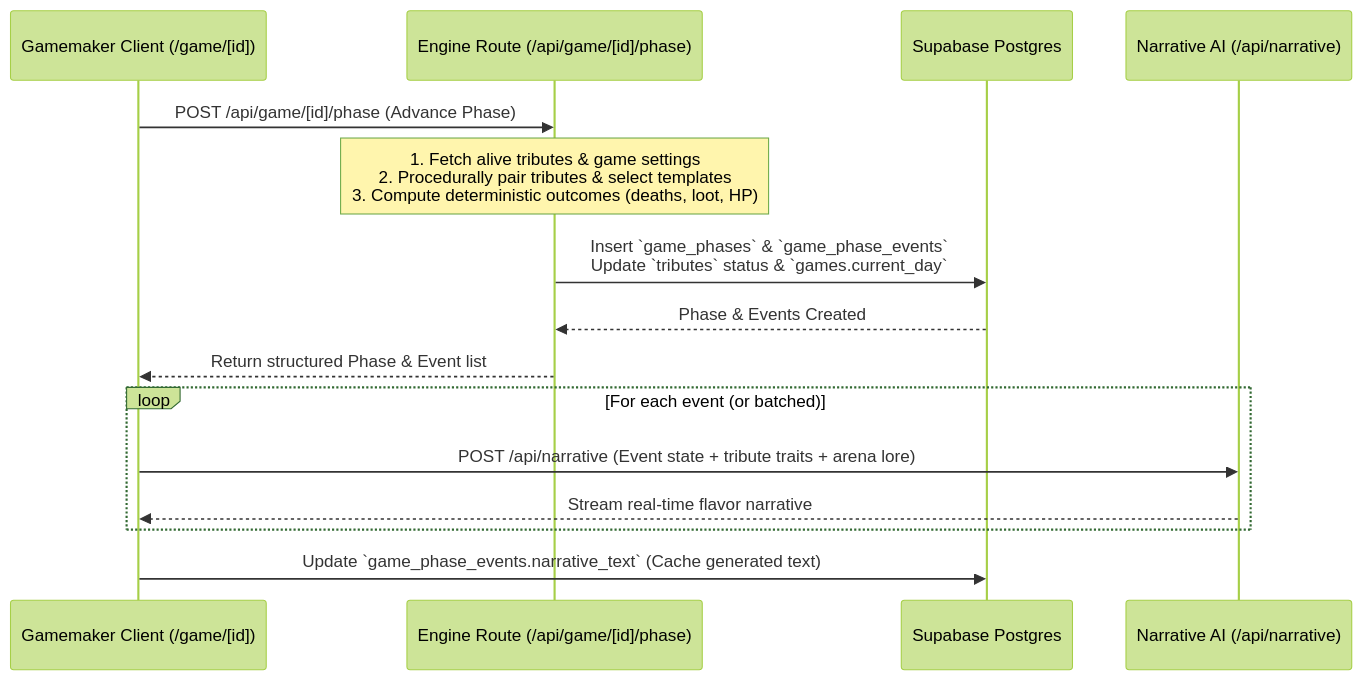
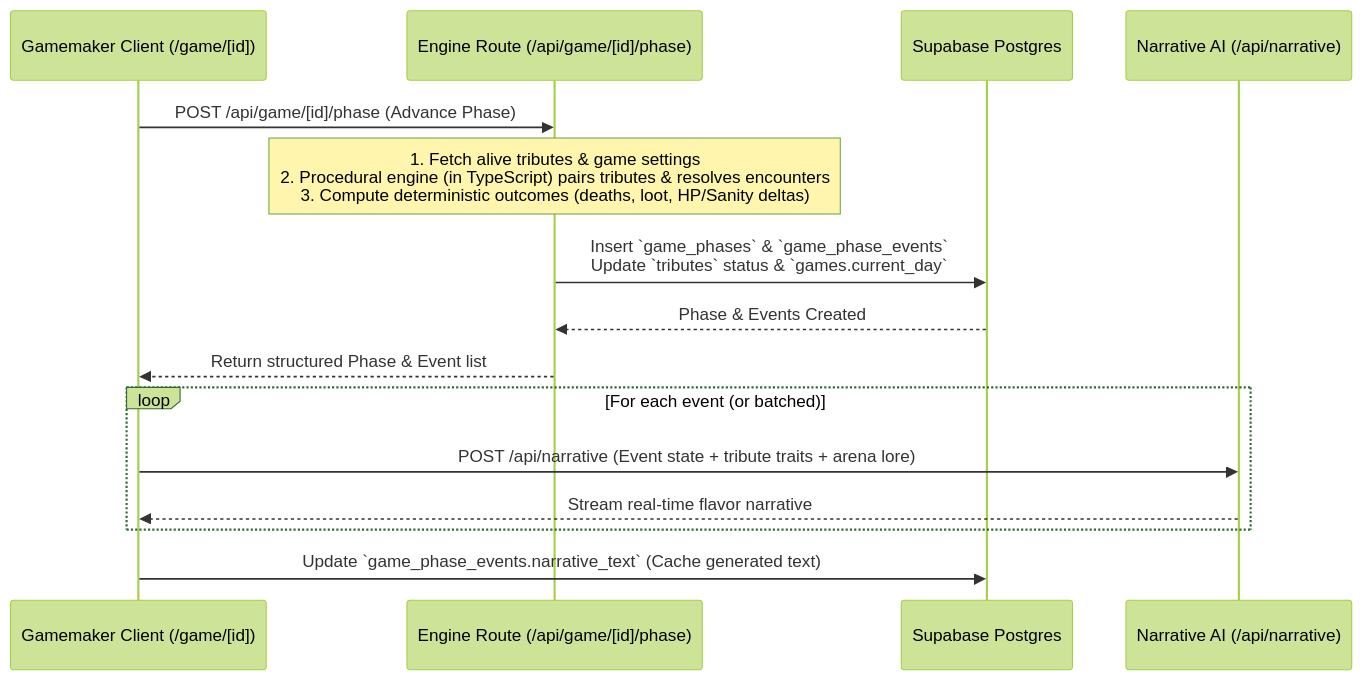
One commit to JeremiDuran/hunger-games-ai changed the second of 2 diagrams in docs/live_arena_design.md. Above: the diagram before and after it, drawn with Mermaid (forest theme). The commit also changed other lines of this file and 6 other files, not shown here.

````diff
--- a/docs/live_arena_design.md
+++ b/docs/live_arena_design.md
@@ -217,20 +231,20 @@
 ```mermaid
 sequenceDiagram
     participant User as Gamemaker Client (/game/[id])
     participant Engine as Engine Route (/api/game/[id]/phase)
     participant DB as Supabase Postgres
     participant AI as Narrative AI (/api/narrative)
 
     User->>Engine: POST /api/game/[id]/phase (Advance Phase)
-    Note over Engine: 1. Fetch alive tributes & game settings<br/>2. Procedurally pair tributes & select templates<br/>3. Compute deterministic outcomes (deaths, loot, HP)
+    Note over Engine: 1. Fetch alive tributes & game settings<br/>2. Procedural engine (in TypeScript) pairs tributes & resolves encounters<br/>3. Compute deterministic outcomes (deaths, loot, HP/Sanity deltas)
     Engine->>DB: Insert `game_phases` & `game_phase_events`<br/>Update `tributes` status & `games.current_day`
     DB-->>Engine: Phase & Events Created
     Engine-->>User: Return structured Phase & Event list
 
     loop For each event (or batched)
         User->>AI: POST /api/narrative (Event state + tribute traits + arena lore)
         AI-->>User: Stream real-time flavor narrative
     end
 
     User->>DB: Update `game_phase_events.narrative_text` (Cache generated text)
 ```
````
